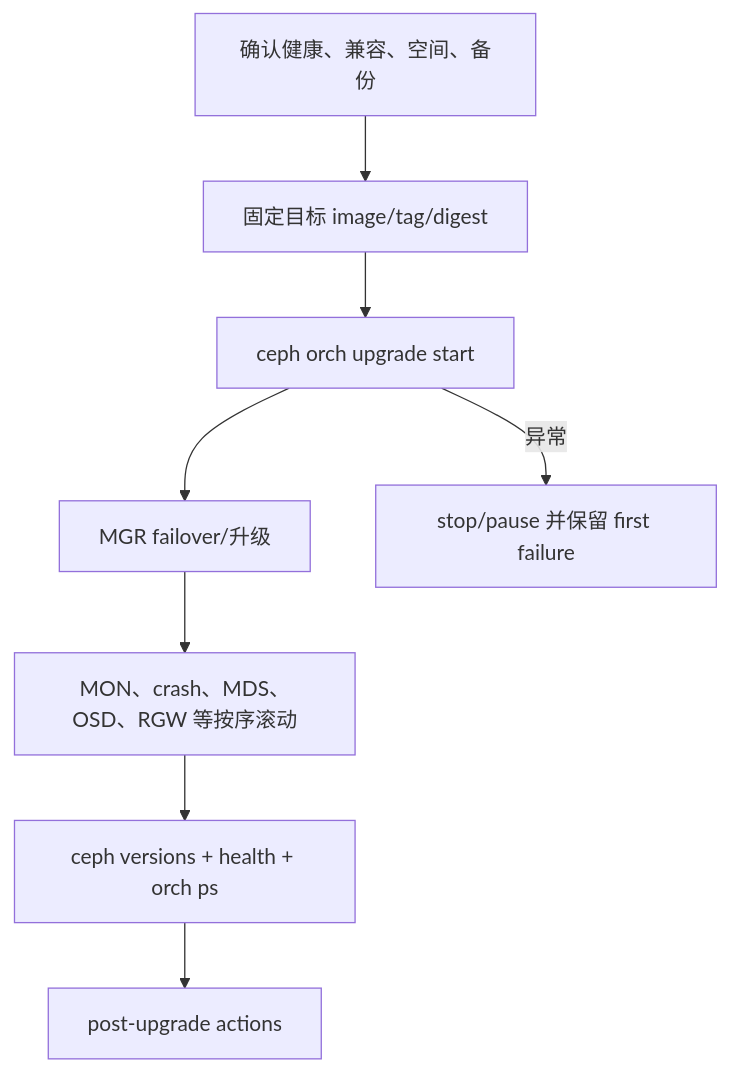
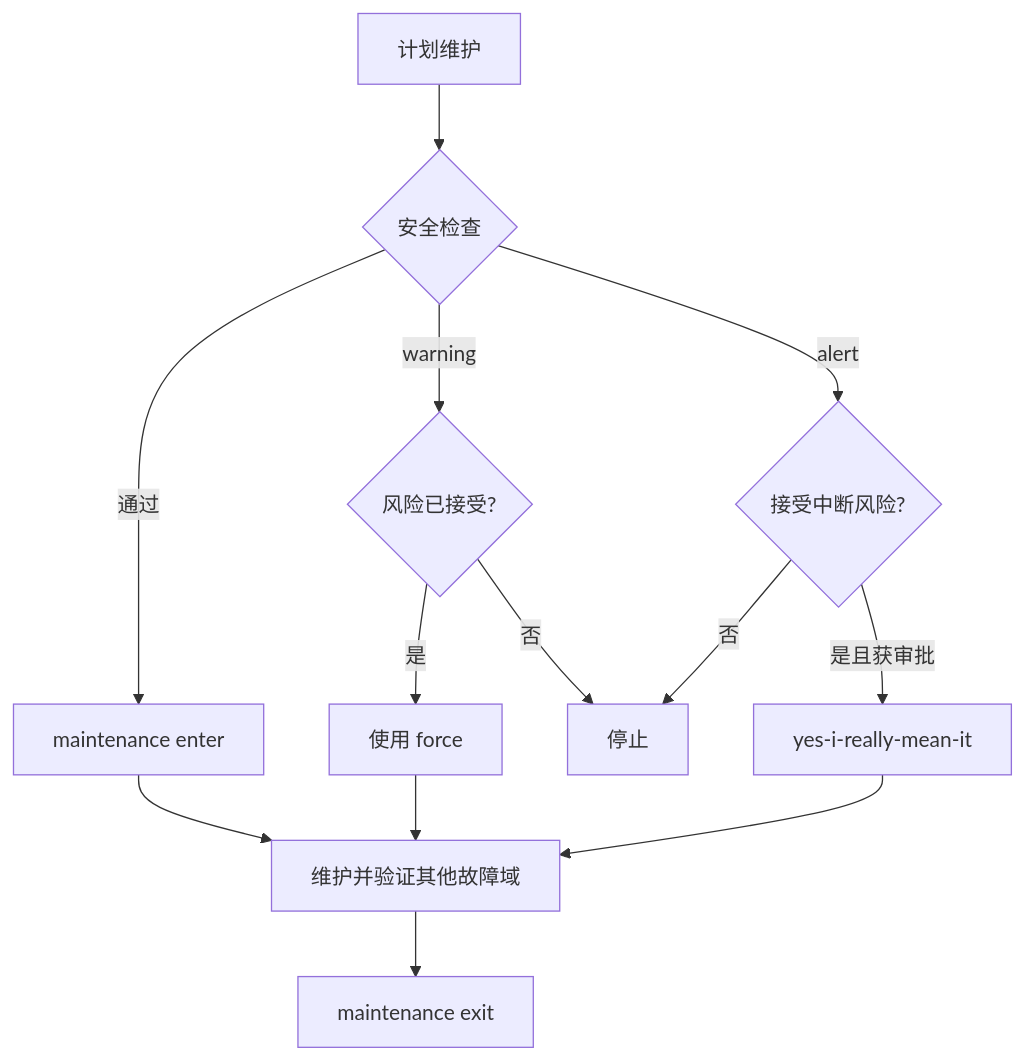
One commit to brinnatt/kubeauto changed the seventh of 43 diagrams in docs/storage/ceph/02-cephadm.md. Above: the diagram before and after it, drawn with Mermaid. The commit also changed other lines of this file and 1 other file, not shown here.

````diff
--- a/docs/storage/ceph/02-cephadm.md
+++ b/docs/storage/ceph/02-cephadm.md
@@ -256,10 +319,13 @@
 ```mermaid
 flowchart TD
-  P[确认健康、兼容、空间、备份] --> I[固定目标 image/tag/digest]
-  I --> S[ceph orch upgrade start]
-  S --> M[MGR failover/升级]
-  M --> C[MON、crash、MDS、OSD、RGW 等按序滚动]
-  C --> V[ceph versions + health + orch ps]
-  V --> A[post-upgrade actions]
-  S -->|异常| X[stop/pause 并保留 first failure]
+  P[计划维护] --> S{安全检查}
+  S -->|通过| E[maintenance enter]
+  S -->|warning| F{风险已接受?}
+  F -->|是| FW[使用 force]
+  F -->|否| X[停止]
+  S -->|alert| A{接受中断风险?}
+  A -->|否| X
+  A -->|是且获审批| Y[yes-i-really-mean-it]
+  E & FW & Y --> M[维护并验证其他故障域]
+  M --> O[maintenance exit]
 ```
````
